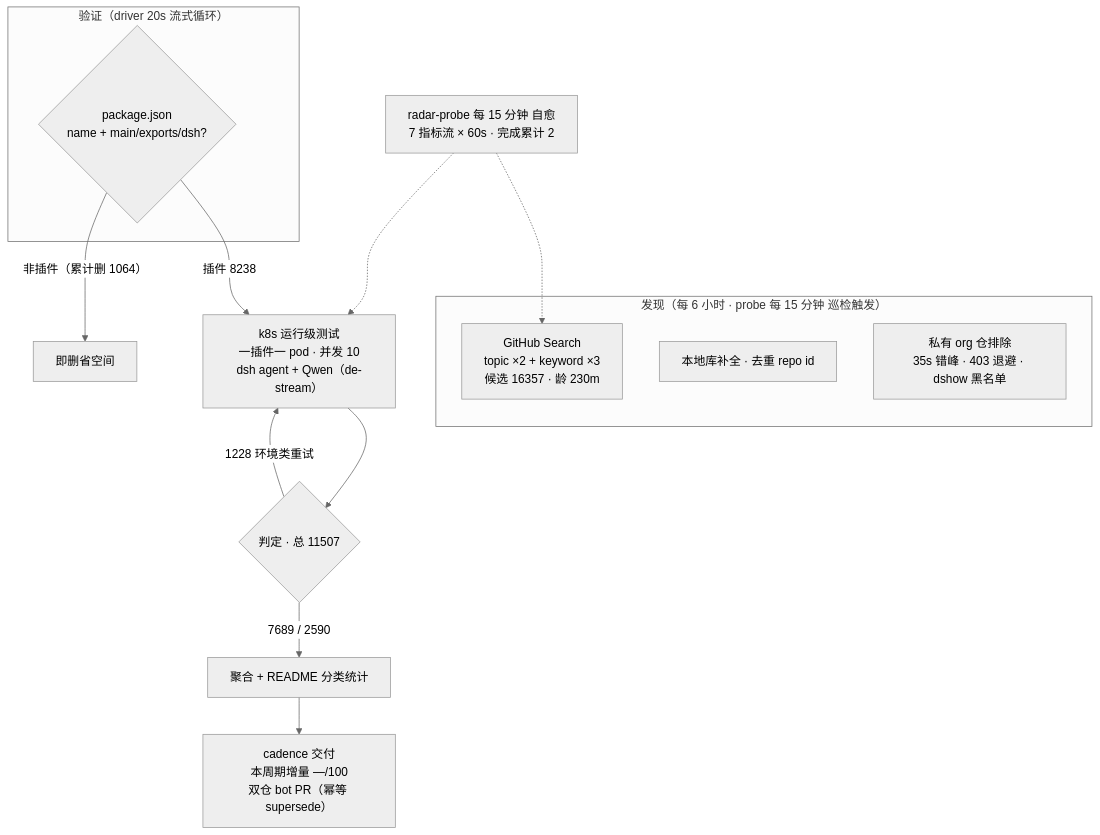
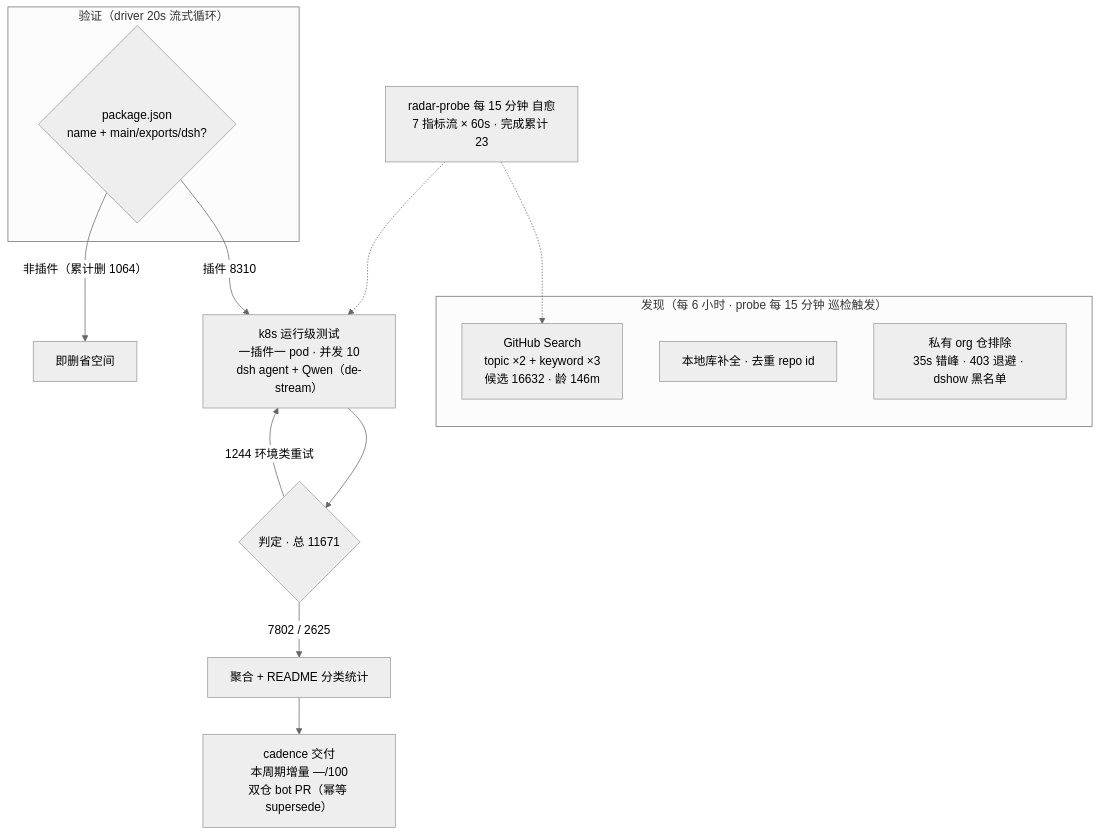
Before and after one commit to AdamPlatin123/awesome-dsh-plugins: the diagram in README.md, drawn with Mermaid (neutral theme). The commit also changed other lines of this file and 5 other files, not shown here.

````diff
--- a/README.md
+++ b/README.md
@@ -52,20 +52,20 @@
 ```mermaid
 flowchart TB
     subgraph Discovery["发现（每 6 小时 · probe 每 15 分钟 巡检触发）"]
-        A1["GitHub Search<br/>topic ×2 + keyword ×3<br/>候选 16357 · 龄 230m"]
+        A1["GitHub Search<br/>topic ×2 + keyword ×3<br/>候选 16632 · 龄 146m"]
         A2["本地库补全 · 去重 repo id"]
         A3["私有 org 仓排除<br/>35s 错峰 · 403 退避 · dshow 黑名单"]
     end
     subgraph Validation["验证（driver 20s 流式循环）"]
         B1{"package.json<br/>name + main/exports/dsh?"}
     end
-    B1 -->|"插件 8238"| C1["k8s 运行级测试<br/>一插件一 pod · 并发 10<br/>dsh agent + Qwen（de-stream）"]
+    B1 -->|"插件 8310"| C1["k8s 运行级测试<br/>一插件一 pod · 并发 10<br/>dsh agent + Qwen（de-stream）"]
     B1 -->|"非插件（累计删 1064）"| B3["即删省空间"]
-    C1 --> D1{"判定 · 总 11507"}
-    D1 -->|"7689 / 2590"| E1["聚合 + README 分类统计"]
-    D1 -->|"1228 环境类重试"| C1
+    C1 --> D1{"判定 · 总 11671"}
+    D1 -->|"7802 / 2625"| E1["聚合 + README 分类统计"]
+    D1 -->|"1244 环境类重试"| C1
     E1 --> E2["cadence 交付<br/>本周期增量 —/100<br/>双仓 bot PR（幂等 supersede）"]
-    M["radar-probe 每 15 分钟 自愈<br/>7 指标流 × 60s · 完成累计 2"]
+    M["radar-probe 每 15 分钟 自愈<br/>7 指标流 × 60s · 完成累计 23"]
     M -.-> A1
     M -.-> C1
 ```
````
